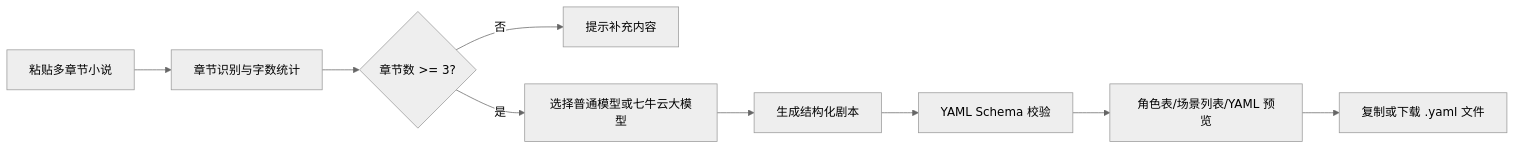
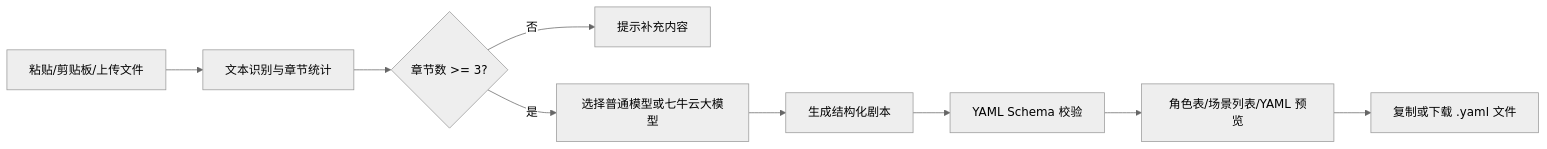
One commit to zuowenyan212-star/novel-to-script changed the diagram in README.md. Above: the diagram before and after it, drawn with Mermaid (neutral theme). The commit also changed other lines of this file and 8 other files, not shown here.

````diff
--- a/README.md
+++ b/README.md
@@ -43,11 +45,11 @@
 ```mermaid
 flowchart LR
-  A[粘贴多章节小说] --> B[章节识别与字数统计]
+  A[粘贴/剪贴板/上传文件] --> B[文本识别与章节统计]
   B --> C{章节数 >= 3?}
   C -- 否 --> D[提示补充内容]
   C -- 是 --> E[选择普通模型或七牛云大模型]
   E --> F[生成结构化剧本]
   F --> G[YAML Schema 校验]
   G --> H[角色表/场景列表/YAML 预览]
   H --> I[复制或下载 .yaml 文件]
 ```
````
